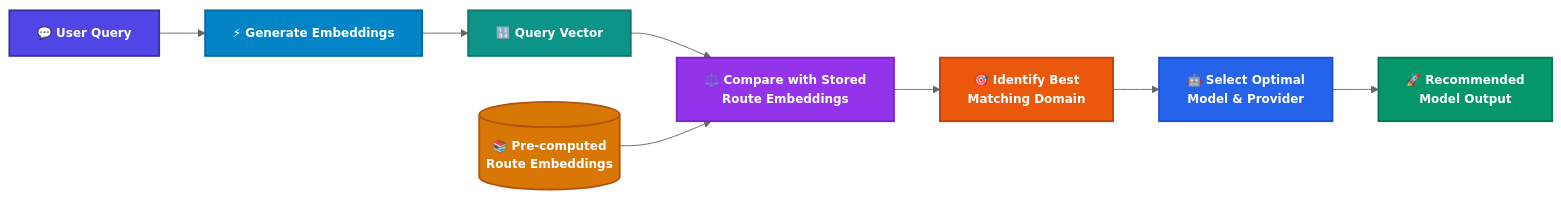
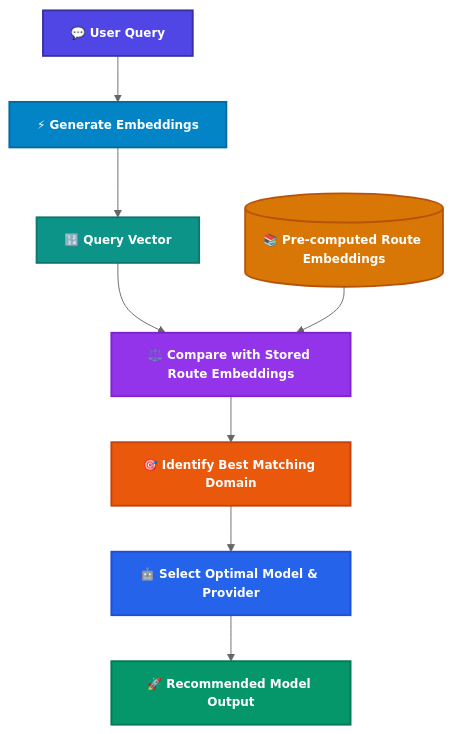
Before and after one commit to dineshlalam15/semantic-router: the diagram in README.md, drawn with Mermaid (neutral theme).

Commit message:
update readme file

````diff
--- a/README.md
+++ b/README.md
@@ -12,19 +12,19 @@
 ```mermaid
-flowchart LR
+flowchart TD
     A["💬 User Query"]:::query --> B["⚡ Generate Embeddings"]:::embed
     B --> C["🔢 Query Vector"]:::vector
-    C --> D["⚖️ Compare with Stored\nRoute Embeddings"]:::compare
-    E[("📚 Pre-computed\nRoute Embeddings")]:::stored --> D
-    D --> F["🎯 Identify Best\nMatching Domain"]:::domain
-    F --> G["🤖 Select Optimal\nModel & Provider"]:::model
-    G --> H["🚀 Recommended\nModel Output"]:::output
+    C --> D["⚖️ Compare with Stored Route Embeddings"]:::compare
+    E[("📚 Pre-computed Route Embeddings")]:::stored --> D
+    D --> F["🎯 Identify Best Matching Domain"]:::domain
+    F --> G["🤖 Select Optimal Model & Provider"]:::model
+    G --> H["🚀 Recommended Model Output"]:::output
 
     classDef query fill:#4F46E5,stroke:#3730A3,stroke-width:2px,color:#FFFFFF,font-size:13px,font-weight:bold
     classDef embed fill:#0284C7,stroke:#0369A1,stroke-width:2px,color:#FFFFFF,font-size:13px,font-weight:bold
     classDef vector fill:#0D9488,stroke:#0F766E,stroke-width:2px,color:#FFFFFF,font-size:13px,font-weight:bold
     classDef stored fill:#D97706,stroke:#B45309,stroke-width:2px,color:#FFFFFF,font-size:13px,font-weight:bold
     classDef compare fill:#9333EA,stroke:#7E22CE,stroke-width:2px,color:#FFFFFF,font-size:13px,font-weight:bold
     classDef domain fill:#EA580C,stroke:#C2410C,stroke-width:2px,color:#FFFFFF,font-size:13px,font-weight:bold
     classDef model fill:#2563EB,stroke:#1D4ED8,stroke-width:2px,color:#FFFFFF,font-size:13px,font-weight:bold
     classDef output fill:#059669,stroke:#047857,stroke-width:2px,color:#FFFFFF,font-size:13px,font-weight:bold
 ```
````
